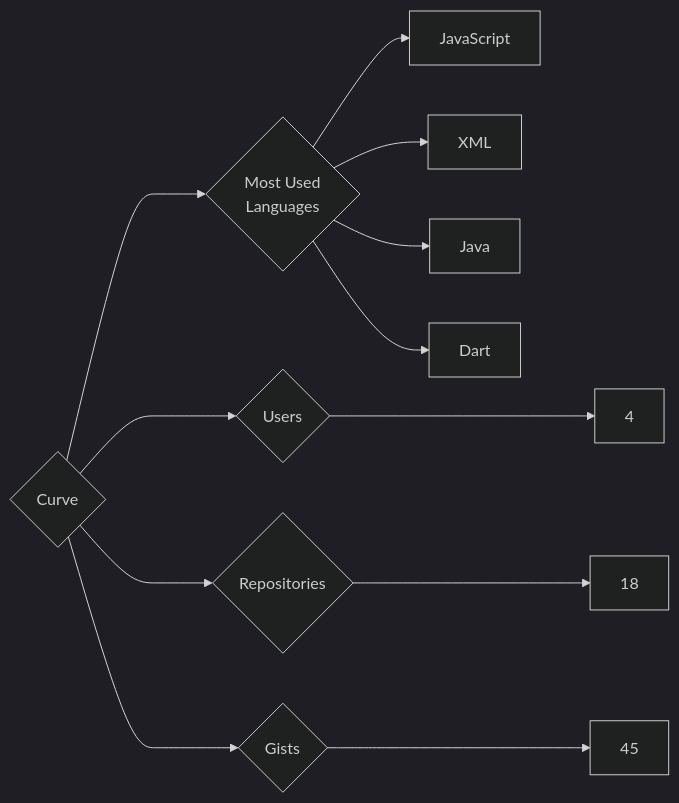
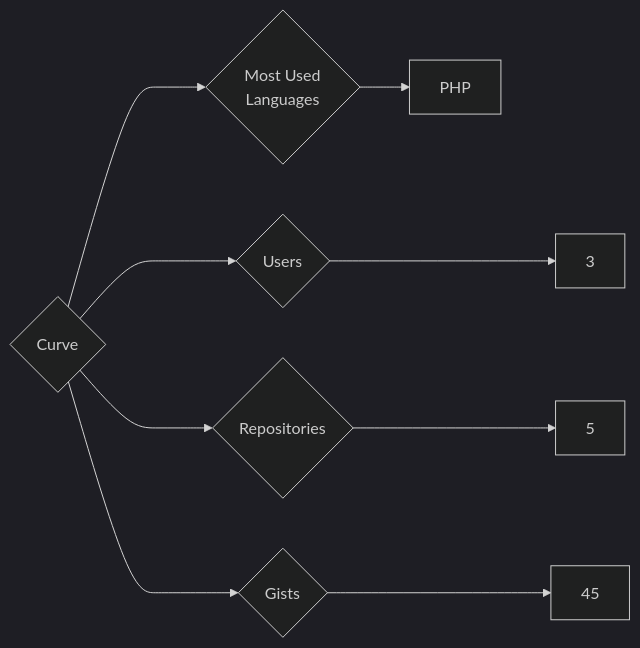
Before and after one commit to trickest/insiders: the diagram in targets/Curve/README.md, drawn with Mermaid (dark theme). The commit also changed 815 other files, not shown here.

````diff
--- a/targets/Curve/README.md
+++ b/targets/Curve/README.md
@@ -3,12 +3,9 @@
 ```mermaid
 graph LR
 COMPANY_NAME{Curve}
-COMPANY_NAME ---> U{Users} ---> UN[4]
-COMPANY_NAME ---> R{Repositories} ---> RN[18]
+COMPANY_NAME ---> U{Users} ---> UN[3]
+COMPANY_NAME ---> R{Repositories} ---> RN[5]
 COMPANY_NAME ---> G{Gists} ---> GN[45]
 COMPANY_NAME ---> ML{Most Used<br>Languages}
-ML --> JavaScript[JavaScript]
-ML --> XML[XML]
-ML --> Java[Java]
-ML --> Dart[Dart]
+ML --> PHP[PHP]
 ```
````
